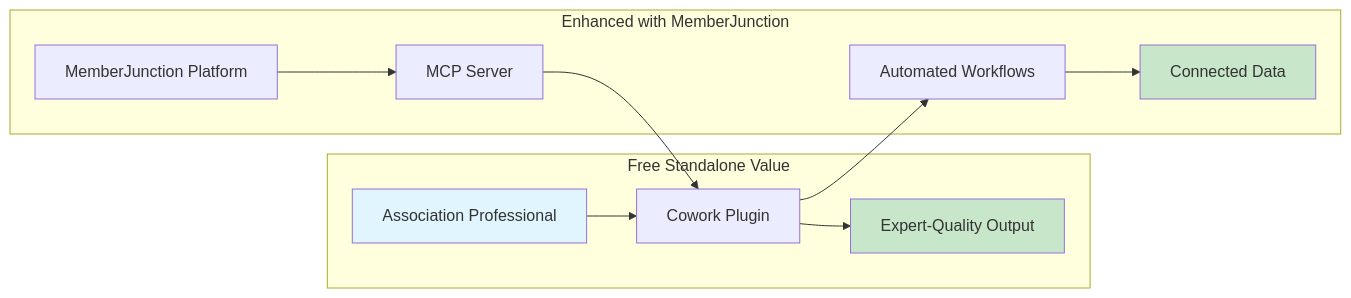
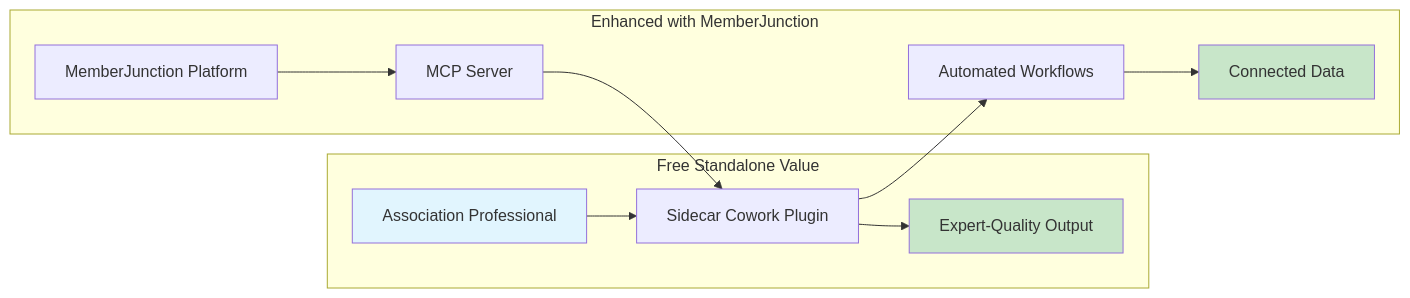
One commit to MemberJunction/co-work-plugins changed the first of 3 diagrams in README.md. Above: the diagram before and after it, drawn with Mermaid. The commit also changed other lines of this file and 19 other files, not shown here.

First line of the commit message:
Add Sidecar branding throughout plugin

````diff
--- a/README.md
+++ b/README.md
@@ -16,18 +16,18 @@
 ```mermaid
 flowchart LR
     subgraph "Free Standalone Value"
-        A[Association Professional] --> B[Cowork Plugin]
+        A[Association Professional] --> B[Sidecar Cowork Plugin]
         B --> C[Expert-Quality Output]
     end
 
     subgraph "Enhanced with MemberJunction"
         D[MemberJunction Platform] --> E[MCP Server]
         E --> B
         B --> F[Automated Workflows]
         F --> G[Connected Data]
     end
 
     style A fill:#e1f5fe
     style C fill:#c8e6c9
     style G fill:#c8e6c9
 ```
````
